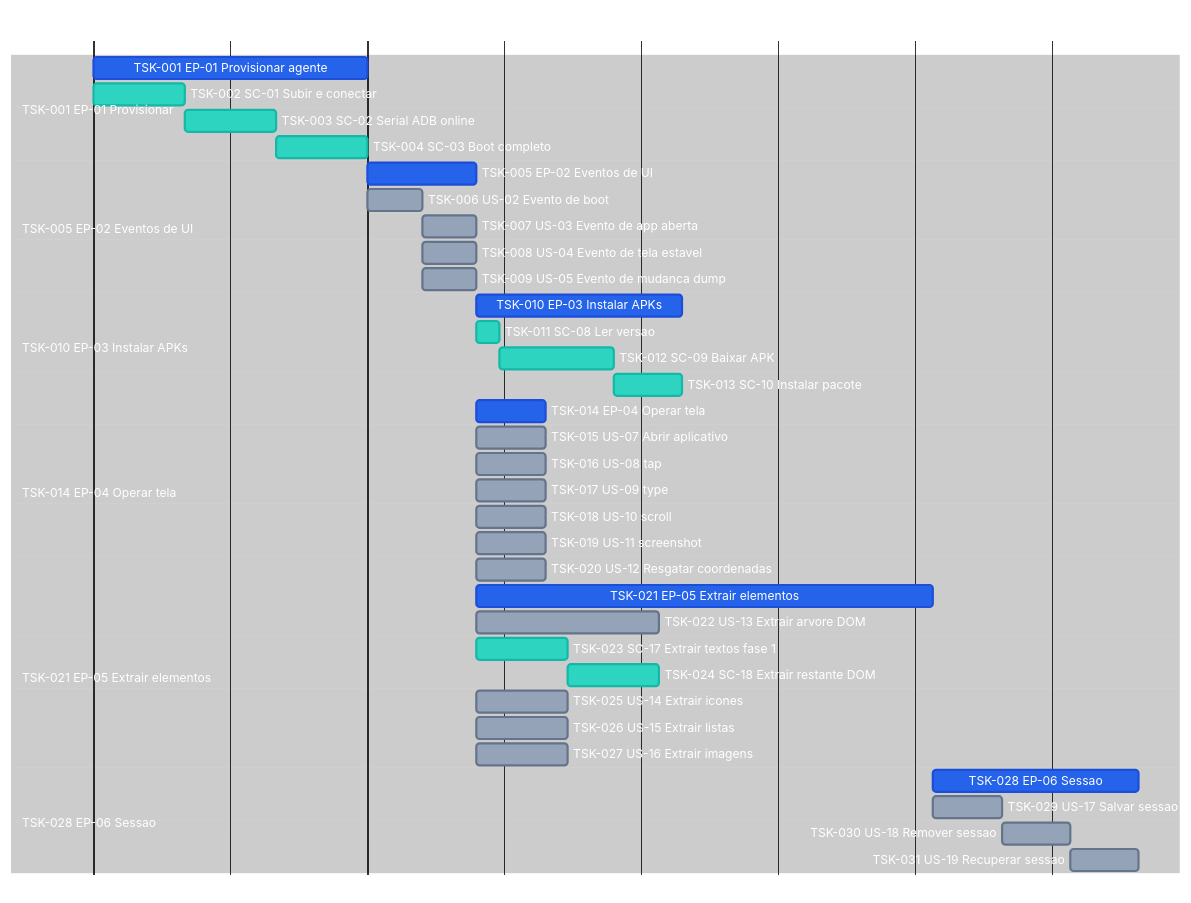
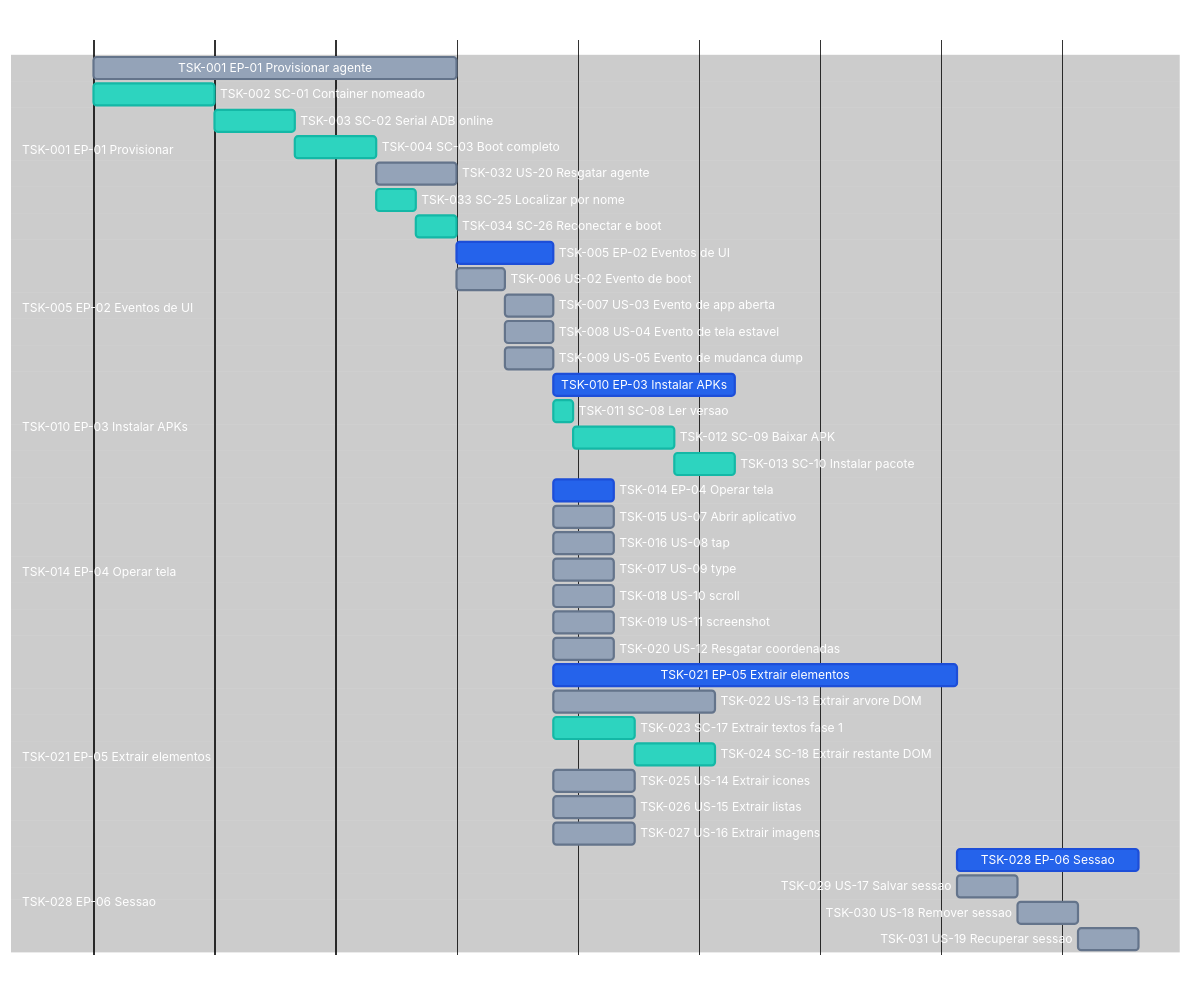
The diagram in screen-robot/7.tasks.md (laerciogermano/workstation), drawn with Mermaid before and after one commit. The commit also changed other lines of this file and 16 other files, not shown here.

First line of the commit message:
Documenta agents nomeados: create de container novo e attach por nome.

```diff
--- a/screen-robot/7.tasks.md
+++ b/screen-robot/7.tasks.md
@@ -53,10 +53,13 @@
   axisFormat %s
 
   section TSK-001 EP-01 Provisionar
-  TSK-001 EP-01 Provisionar agente      :done, tsk01, 0, 60m
-  TSK-002 SC-01 Subir e conectar        :active, tsk02, 0, 20m
+  TSK-001 EP-01 Provisionar agente      :tsk01, 0, 90m
+  TSK-002 SC-01 Container nomeado       :active, tsk02, 0, 30m
   TSK-003 SC-02 Serial ADB online       :active, tsk03, after tsk02, 20m
   TSK-004 SC-03 Boot completo           :active, tsk04, after tsk03, 20m
+  TSK-032 US-20 Resgatar agente         :tsk32, after tsk04, 20m
+  TSK-033 SC-25 Localizar por nome      :active, tsk33, after tsk04, 10m
+  TSK-034 SC-26 Reconectar e boot       :active, tsk34, after tsk33, 10m
 
   section TSK-005 EP-02 Eventos de UI
   TSK-005 EP-02 Eventos de UI           :done, tsk05, after tsk01, 24m
```
